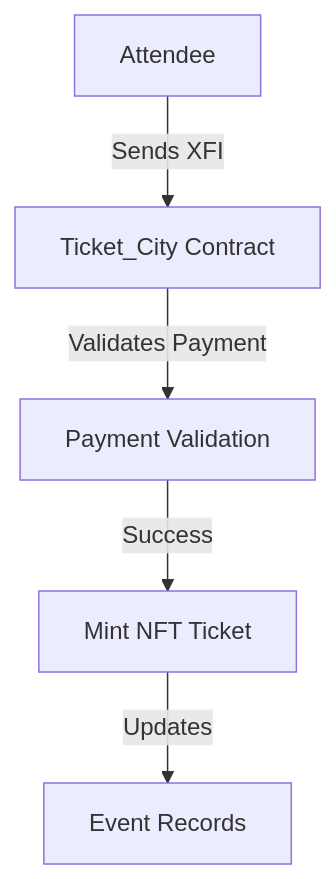
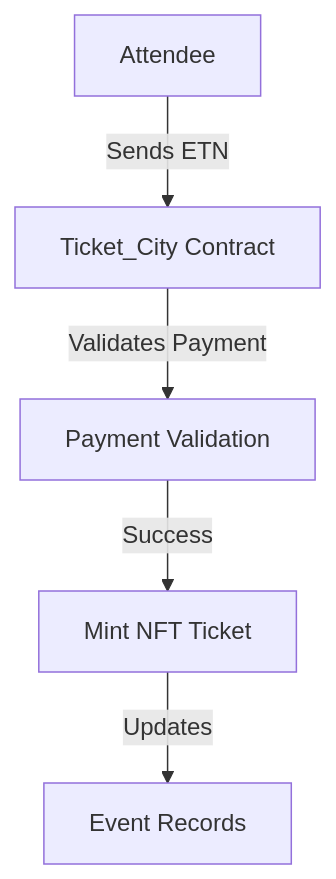
One commit to DevBigEazi/TicketCityFrontend changed the second of 2 diagrams in README.md. Above: the diagram before and after it, drawn with Mermaid. The commit also changed other lines of this file, not shown here.

````diff
--- a/README.md
+++ b/README.md
@@ -36,7 +36,7 @@
 ```mermaid
 graph TD
-    A[Attendee] -->|Sends XFI| B[Ticket_City Contract]
+    A[Attendee] -->|Sends ETN| B[Ticket_City Contract]
     B -->|Validates Payment| C[Payment Validation]
     C -->|Success| D[Mint NFT Ticket]
     D -->|Updates| E[Event Records]
 ```
````
